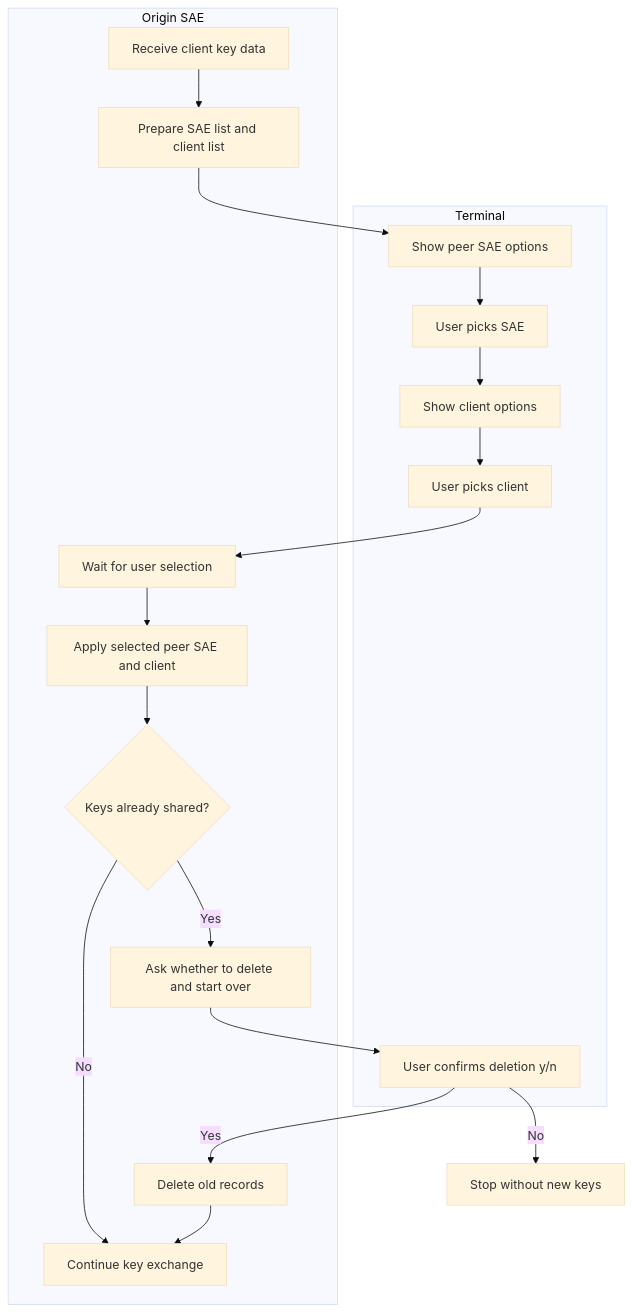
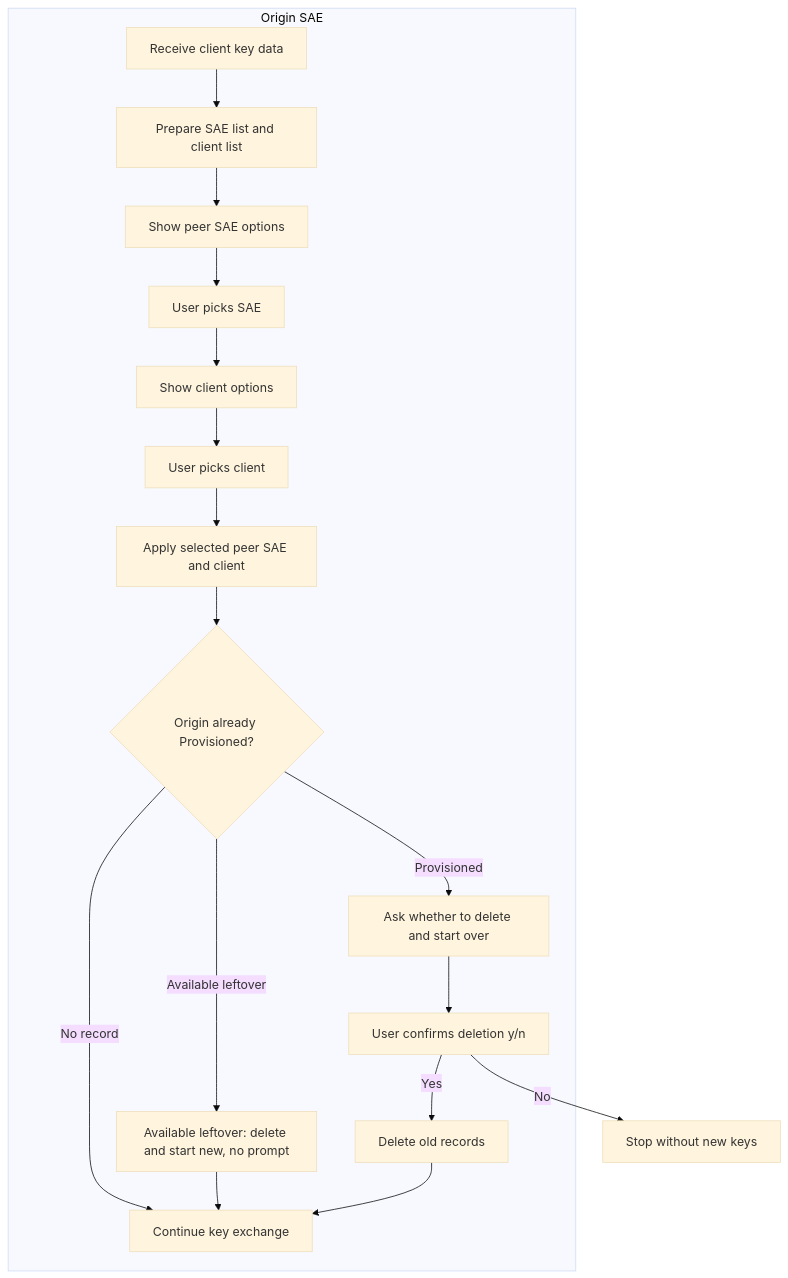
One commit to vonasmic/one-time-pad-keychain changed the fourth of 10 diagrams in JAVA_APPS/docs/FLOWCHARTS.md. Above: the diagram before and after it, drawn with Mermaid (base theme). The commit also changed other lines of this file and 119 other files, not shown here.

````diff
--- a/JAVA_APPS/docs/FLOWCHARTS.md
+++ b/JAVA_APPS/docs/FLOWCHARTS.md
@@ -135,31 +136,28 @@
 ```mermaid
 flowchart TD
     subgraph sae [Origin SAE]
         ReceivePayload[Receive client key data]
         BuildLists[Prepare SAE list and client list]
-        WaitChoice[Wait for user selection]
-        ApplyChoice[Apply selected peer SAE and client]
-        ReusePrompt{Keys already shared?}
-        AskDelete[Ask whether to delete and start over]
-        DeleteRecords[Delete old records]
-        Continue[Continue key exchange]
-    end
-
-    subgraph terminal [Terminal]
         ShowSaeList[Show peer SAE options]
         PickSae[User picks SAE]
         ShowClientList[Show client options]
         PickClient[User picks client]
+        ApplyChoice[Apply selected peer SAE and client]
+        ReusePrompt{Origin already Provisioned?}
+        AskDelete[Ask whether to delete and start over]
         ConfirmDelete[User confirms deletion y/n]
+        DeleteRecords[Delete old records]
+        SilentRetry[Available leftover: delete and start new, no prompt]
+        Continue[Continue key exchange]
     end
 
     ReceivePayload --> BuildLists --> ShowSaeList
     ShowSaeList --> PickSae --> ShowClientList
-    ShowClientList --> PickClient --> WaitChoice
-    WaitChoice --> ApplyChoice --> ReusePrompt
+    ShowClientList --> PickClient --> ApplyChoice --> ReusePrompt
 
-    ReusePrompt -->|No| Continue
-    ReusePrompt -->|Yes| AskDelete --> ConfirmDelete
+    ReusePrompt -->|No record| Continue
+    ReusePrompt -->|Available leftover| SilentRetry --> Continue
+    ReusePrompt -->|Provisioned| AskDelete --> ConfirmDelete
     ConfirmDelete -->|Yes| DeleteRecords --> Continue
     ConfirmDelete -->|No| StopFlow[Stop without new keys]
 ```
````
